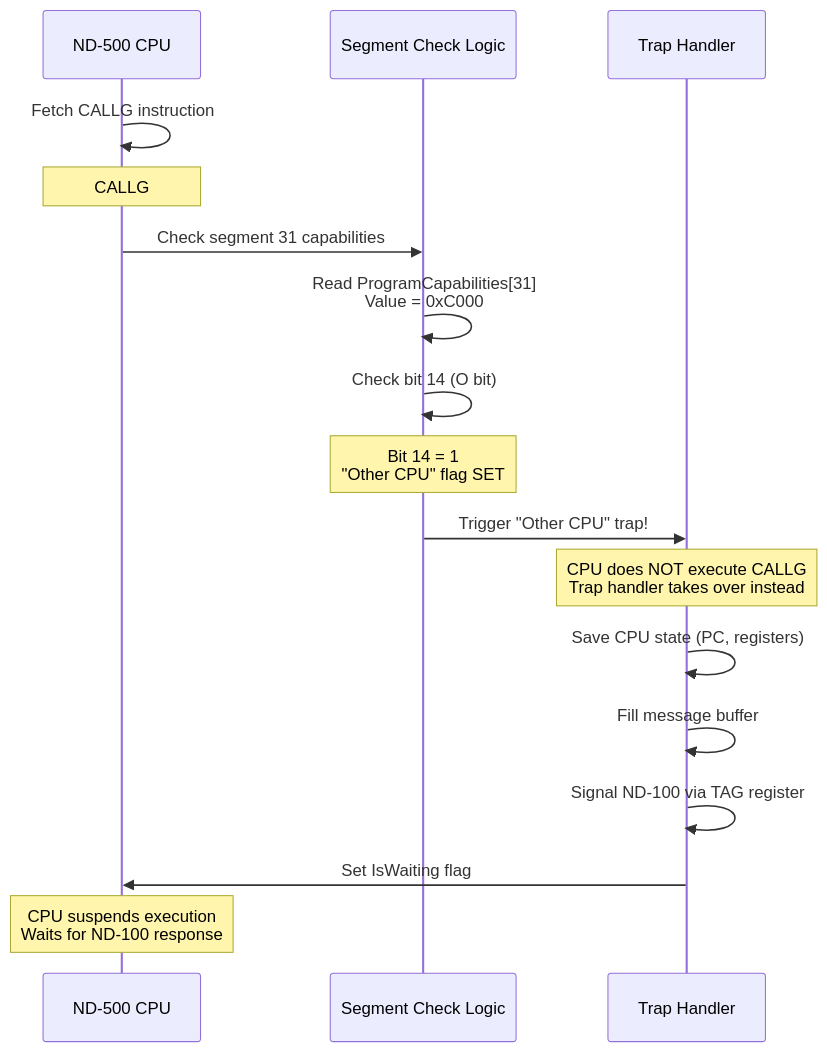
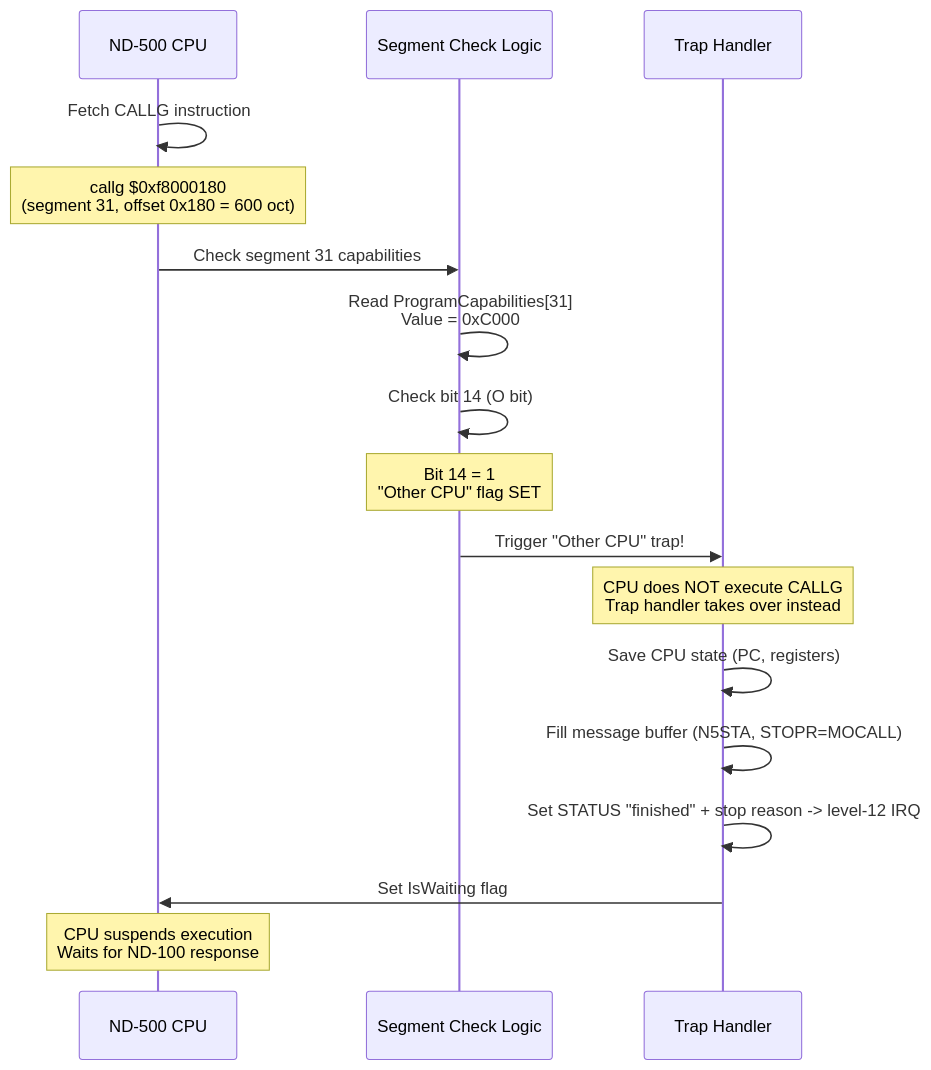
The second of 4 diagrams in Operations/SINTRAN/ND500-MONITOR-CALL-ARCHITECTURE.md (HackerCorpLabs/NDInsight), drawn with Mermaid before and after one commit. The commit also changed other lines of this file and 859 other files, not shown here.

````diff
--- a/Operations/SINTRAN/ND500-MONITOR-CALL-ARCHITECTURE.md
+++ b/Operations/SINTRAN/ND500-MONITOR-CALL-ARCHITECTURE.md
@@ -115,24 +151,24 @@
 ```mermaid
 sequenceDiagram
     participant CPU as ND-500 CPU
     participant SEG as Segment Check Logic
     participant TRAP as Trap Handler
 
     CPU->>CPU: Fetch CALLG instruction
-    Note over CPU: CALLG #0x1F000000<br/>(segment 31, offset 0)
+    Note over CPU: callg $0xf8000180<br/>(segment 31, offset 0x180 = 600 oct)
 
     CPU->>SEG: Check segment 31 capabilities
     SEG->>SEG: Read ProgramCapabilities[31]<br/>Value = 0xC000
 
     SEG->>SEG: Check bit 14 (O bit)
     Note over SEG: Bit 14 = 1<br/>"Other CPU" flag SET
 
     SEG->>TRAP: Trigger "Other CPU" trap!
     Note over TRAP: CPU does NOT execute CALLG<br/>Trap handler takes over instead
 
     TRAP->>TRAP: Save CPU state (PC, registers)
-    TRAP->>TRAP: Fill message buffer
-    TRAP->>TRAP: Signal ND-100 via TAG register
+    TRAP->>TRAP: Fill message buffer (N5STA, STOPR=MOCALL)
+    TRAP->>TRAP: Set STATUS "finished" + stop reason -> level-12 IRQ
     TRAP->>CPU: Set IsWaiting flag
     Note over CPU: CPU suspends execution<br/>Waits for ND-100 response
 ```
````
